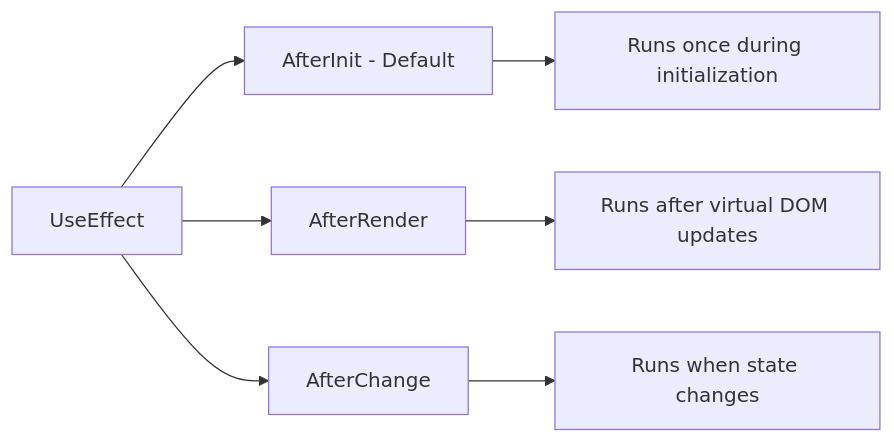
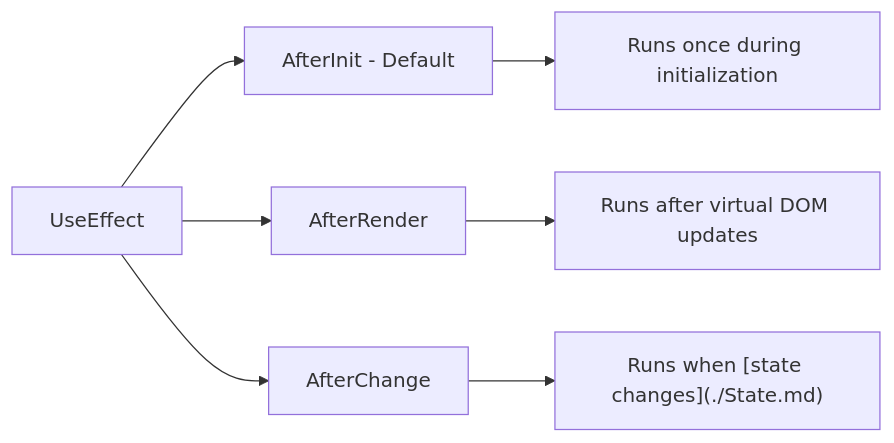
One commit to Ivy-Interactive/Ivy-Framework changed the second of 3 diagrams in Ivy.Docs.Shared/Docs/01_Onboarding/02_Concepts/Effects.md. Above: the diagram before and after it, drawn with Mermaid. The commit also changed other lines of this file and 98 other files, not shown here.

````diff
--- a/Ivy.Docs.Shared/Docs/01_Onboarding/02_Concepts/Effects.md
+++ b/Ivy.Docs.Shared/Docs/01_Onboarding/02_Concepts/Effects.md
@@ -152,10 +152,10 @@
 ```mermaid
 graph LR
     A[UseEffect] --> B[AfterInit - Default]
     A --> C[AfterRender]
     A --> D[AfterChange]
     
     B --> B1["Runs once during initialization"]
     C --> C1["Runs after virtual DOM updates"]
-    D --> D1["Runs when state changes"]
+    D --> D1["Runs when [state changes](./State.md)"]
 ```
````
